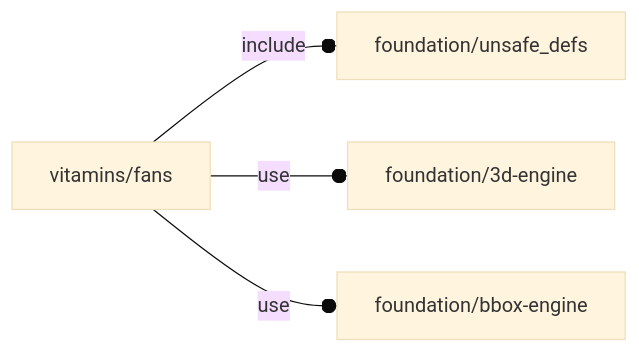
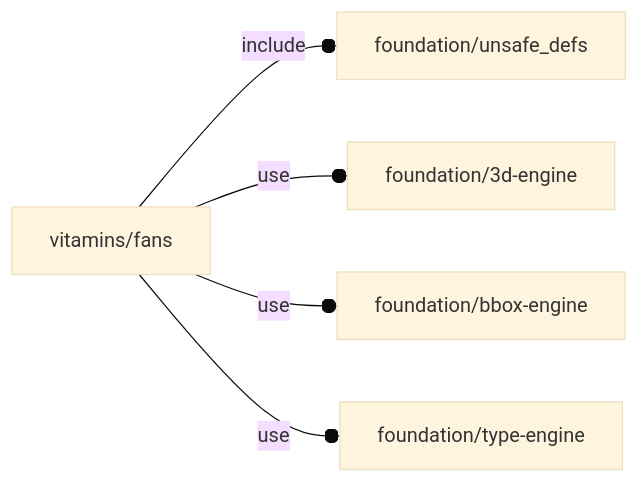
Before and after one commit to ggabbiani/OFL: the diagram in orthodocs/vitamins/fans.md, drawn with Mermaid (base theme). The commit also changed 384 other files, not shown here.

````diff
--- a/orthodocs/vitamins/fans.md
+++ b/orthodocs/vitamins/fans.md
@@ -5,6 +5,7 @@
 ```mermaid
 graph LR
     A1[vitamins/fans] --o|include| A2[foundation/unsafe_defs]
     A1 --o|use| A3[foundation/3d-engine]
     A1 --o|use| A4[foundation/bbox-engine]
+    A1 --o|use| A5[foundation/type-engine]
 ```
````
